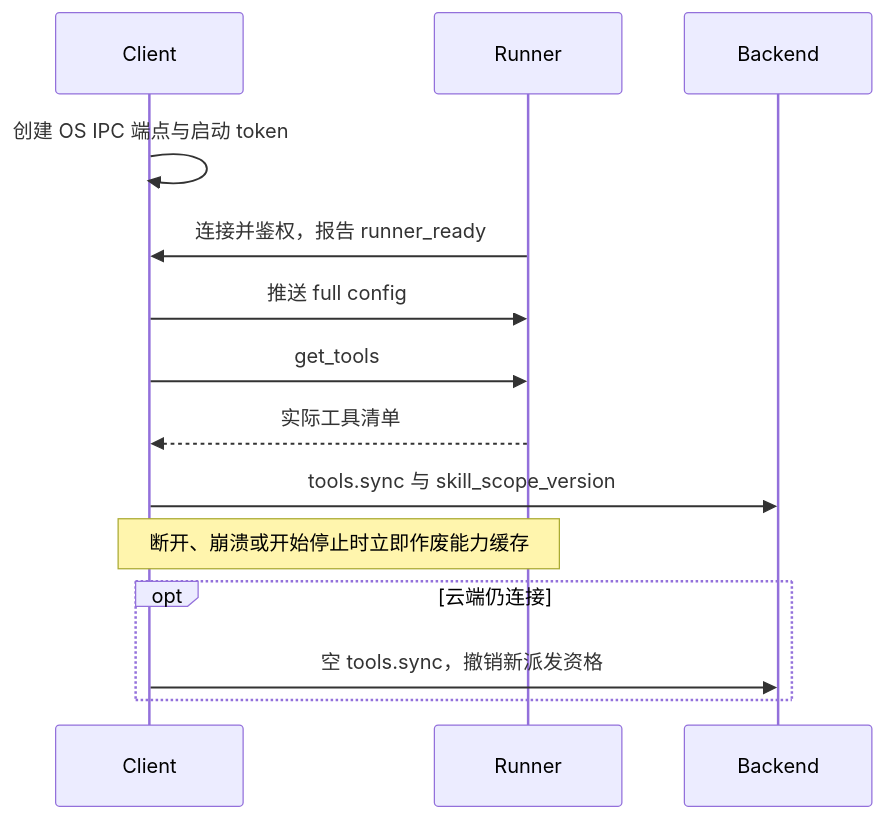
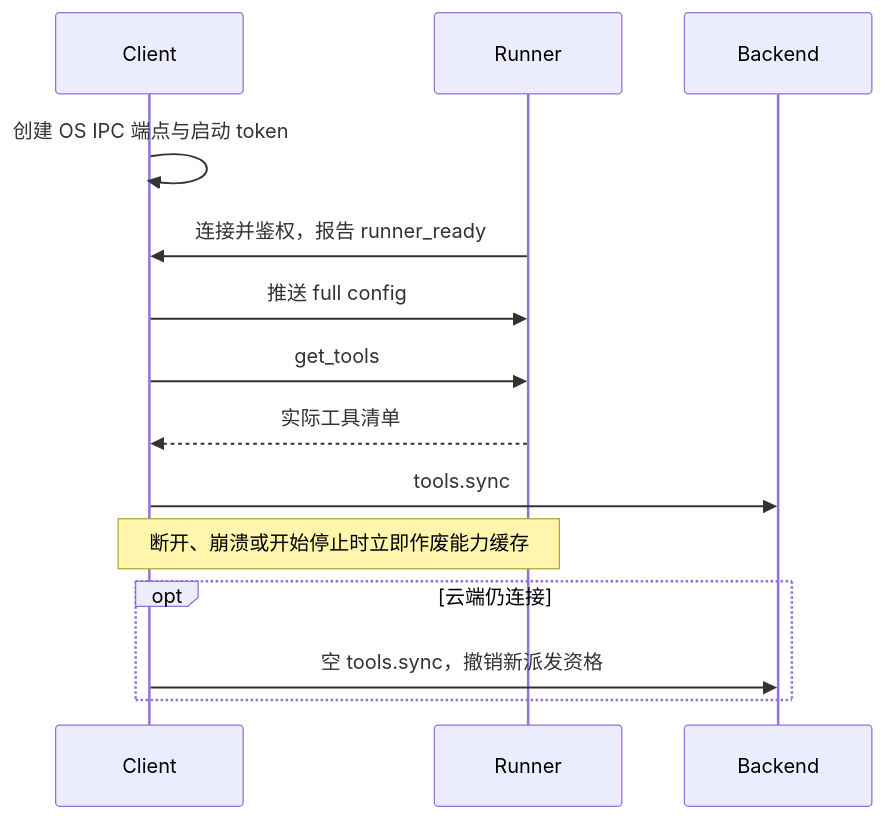
Before and after one commit to yangjinming1062/SpiritAgent: the second of 3 diagrams in docs/PROTOCOL.md, drawn with Mermaid. The commit also changed other lines of this file and 274 other files, not shown here.

````diff
--- a/docs/PROTOCOL.md
+++ b/docs/PROTOCOL.md
@@ -280,16 +280,16 @@
 ```mermaid
 sequenceDiagram
     participant C as Client
     participant R as Runner
     participant B as Backend
     C->>C: 创建 OS IPC 端点与启动 token
     R->>C: 连接并鉴权，报告 runner_ready
     C->>R: 推送 full config
     C->>R: get_tools
     R-->>C: 实际工具清单
-    C->>B: tools.sync 与 skill_scope_version
+    C->>B: tools.sync
     Note over C,R: 断开、崩溃或开始停止时立即作废能力缓存
     opt 云端仍连接
         C->>B: 空 tools.sync，撤销新派发资格
     end
 ```
````
